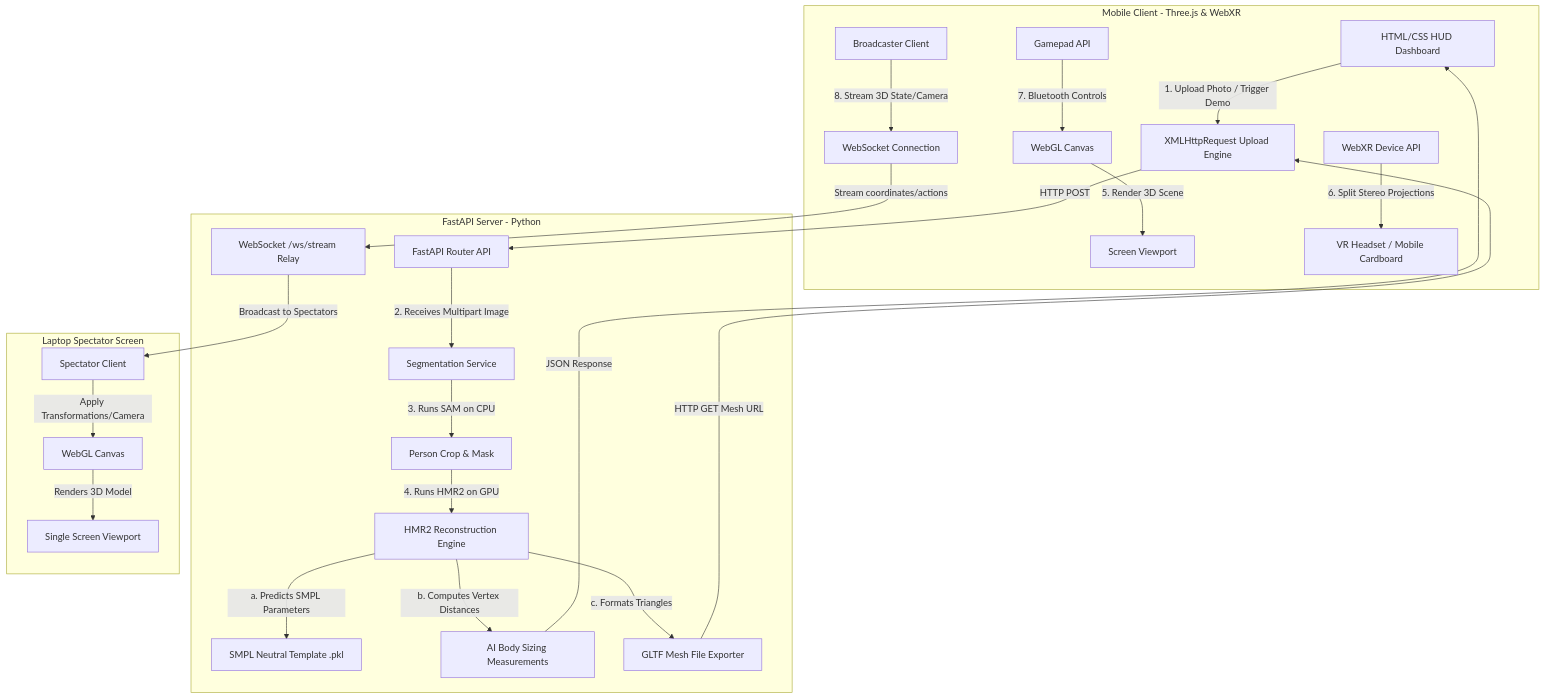
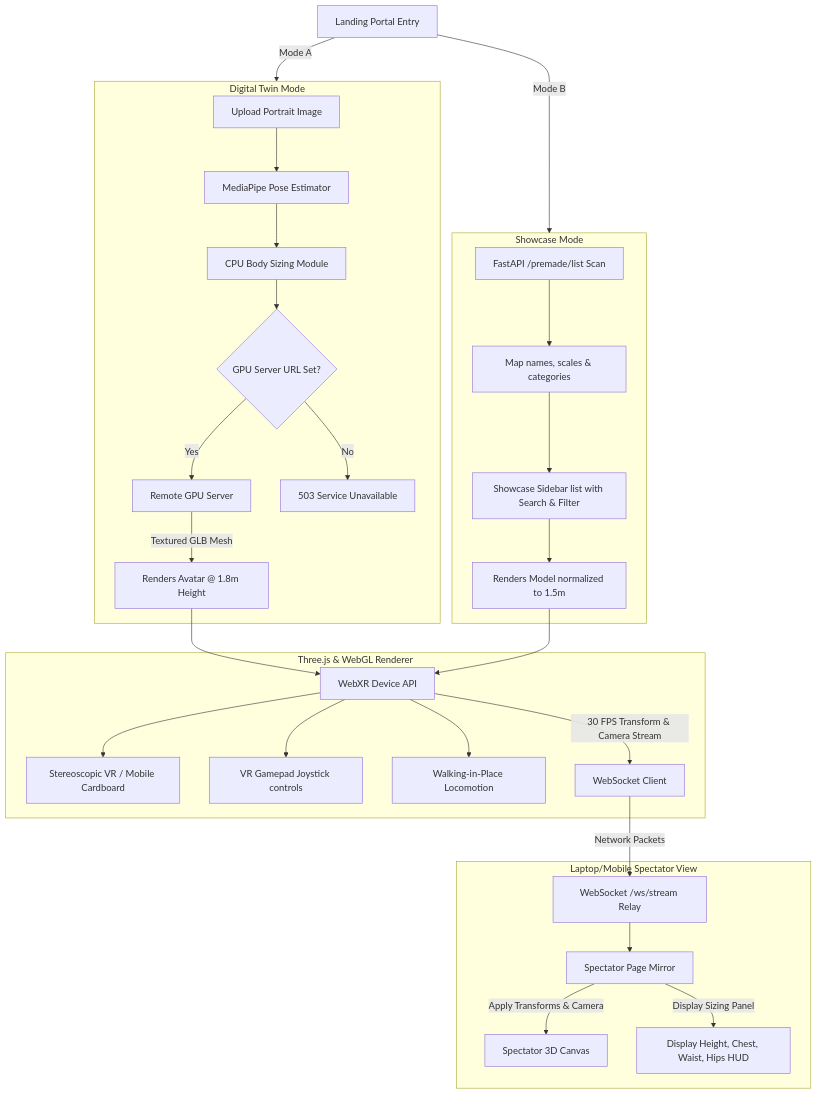
The first of 3 diagrams in README.md (anantj09/VR-TryOn-Studio), drawn with Mermaid before and after one commit. The commit also changed other lines of this file and 1 other file, not shown here.

````diff
--- a/README.md
+++ b/README.md
@@ -9,35 +19,36 @@
 ```mermaid
 graph TD
-    %% Frontend Interaction
-    subgraph Frontend [Mobile Client - Three.js & WebXR]
-        UI[HTML/CSS HUD Dashboard] -- 1. Upload Photo / Trigger Demo --> Upload[XMLHttpRequest Upload Engine]
-        Canvas[WebGL Canvas] -- 5. Render 3D Scene --> Viewport[Screen Viewport]
-        XR[WebXR Device API] -- 6. Split Stereo Projections --> VR[VR Headset / Mobile Cardboard]
-        Gamepad[Gamepad API] -- 7. Bluetooth Controls --> Canvas
-        Broadcaster[Broadcaster Client] -- 8. Stream 3D State/Camera --> WS_Conn[WebSocket Connection]
+    Portal[Landing Portal Entry] -->|Mode A| TwinMode[Digital Twin Creator]
+    Portal -->|Mode B| ShowcaseMode[Premade Showcase Catalog]
+
+    subgraph TwinMode [Digital Twin Mode]
+        Upload[Upload Portrait Image] --> Pose[MediaPipe Pose Estimator]
+        Pose --> Sizing[CPU Body Sizing Module]
+        Sizing --> Router{GPU Server URL Set?}
+        Router -->|Yes| GPUServer[Remote GPU Server]
+        Router -->|No| ErrorState[503 Service Unavailable]
+        GPUServer -->|Textured GLB Mesh| RenderTwin[Renders Avatar @ 1.8m Height]
     end
 
-    %% Backend Processing
-    subgraph Backend [FastAPI Server - Python]
-        API[FastAPI Router API] -- 2. Receives Multipart Image --> SegService[Segmentation Service]
-        SegService -- 3. Runs SAM on CPU --> Crop[Person Crop & Mask]
-        Crop -- 4. Runs HMR2 on GPU --> MeshGen[HMR2 Reconstruction Engine]
-        MeshGen -- a. Predicts SMPL Parameters --> SMPL[SMPL Neutral Template .pkl]
-        MeshGen -- b. Computes Vertex Distances --> Measurements[AI Body Sizing Measurements]
-        MeshGen -- c. Formats Triangles --> GLTF[GLTF Mesh File Exporter]
-        WSRelay[WebSocket /ws/stream Relay]
+    subgraph ShowcaseMode [Showcase Mode]
+        List[FastAPI /premade/list Scan] --> DynamicMapping[Map names, scales & categories]
+        DynamicMapping --> UIList[Showcase Sidebar list with Search & Filter]
+        UIList --> RenderAsset[Renders Model normalized to 1.5m]
     end
 
-    %% Spectator Console
-    subgraph Spectator [Laptop Spectator Screen]
-        SpecCanvas[WebGL Canvas] -- Renders 3D Model --> SpecViewport[Single Screen Viewport]
-        SpecReceiver[Spectator Client] -- Apply Transformations/Camera --> SpecCanvas
+    subgraph Viewport [Three.js & WebGL Renderer]
+        RenderTwin --> WebXR[WebXR Device API]
+        RenderAsset --> WebXR
+        WebXR --> Stereo[Stereoscopic VR / Mobile Cardboard]
+        WebXR --> Gamepad[VR Gamepad Joystick controls]
+        WebXR --> WIP[Walking-in-Place Locomotion]
+        WebXR -->|30 FPS Transform & Camera Stream| WS[WebSocket Client]
     end
 
-    %% Communications
-    Upload -- HTTP POST --> API
-    GLTF -- HTTP GET Mesh URL --> Upload
-    Measurements -- JSON Response --> UI
-    WS_Conn -- Stream coordinates/actions --> WSRelay
-    WSRelay -- Broadcast to Spectators --> SpecReceiver
+    subgraph SpectatorConsole [Laptop/Mobile Spectator View]
+        WSRelay[WebSocket /ws/stream Relay] --> SpecClient[Spectator Page Mirror]
+        WS -->|Network Packets| WSRelay
+        SpecClient -->|Apply Transforms & Camera| SpecCanvas[Spectator 3D Canvas]
+        SpecClient -->|Display Sizing Panel| SpecHUD[Display Height, Chest, Waist, Hips HUD]
+    end
 ```
````
